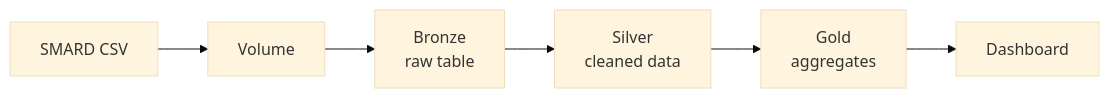
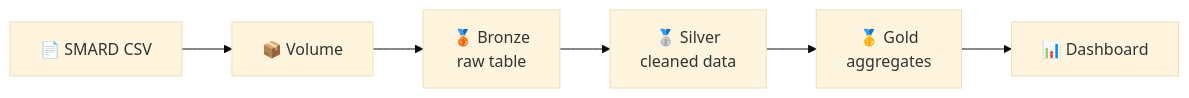
The diagram in README.md (divesh-sys/databricks-energy-pipeline), drawn with Mermaid (base theme) before and after one commit. The commit also changed other lines of this file, not shown here.

````diff
--- a/README.md
+++ b/README.md
@@ -31,8 +42,8 @@
 ```mermaid
 flowchart LR
-    A[SMARD CSV] --> B[Volume]
-    B --> C[Bronze<br/>raw table]
-    C --> D[Silver<br/>cleaned data]
-    D --> E[Gold<br/>aggregates]
-    E --> F[Dashboard]
+    A[📄 SMARD CSV] --> B[📦 Volume]
+    B --> C[🥉 Bronze<br/>raw table]
+    C --> D[🥈 Silver<br/>cleaned data]
+    D --> E[🥇 Gold<br/>aggregates]
+    E --> F[📊 Dashboard]
 ```
````
